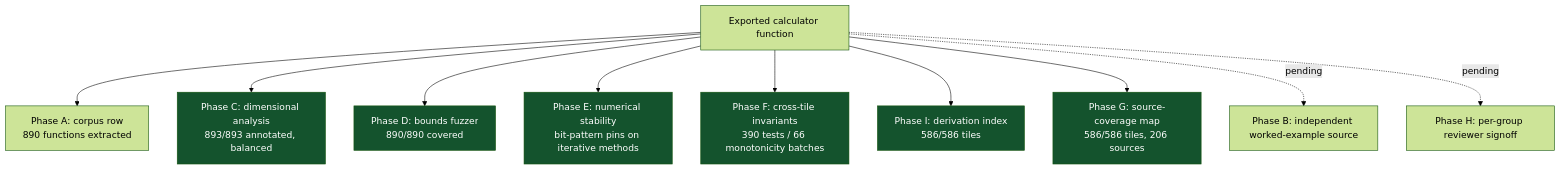
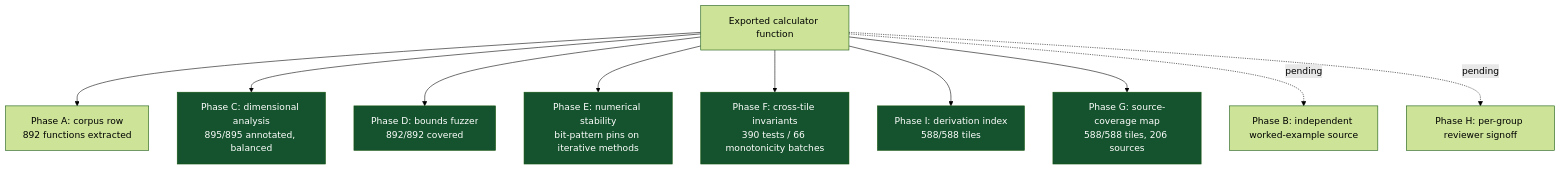
Before and after one commit to clay-good/roughlogic.com: the sixth of 8 diagrams in README.md, drawn with Mermaid (forest theme). The commit also changed other lines of this file and 17 other files, not shown here.

````diff
--- a/README.md
+++ b/README.md
@@ -380,18 +382,18 @@
 ```mermaid
 flowchart TB
-    F[Exported calculator function] --> A[Phase A: corpus row\n890 functions extracted]
-    F --> C[Phase C: dimensional analysis\n893/893 annotated, balanced]
-    F --> D[Phase D: bounds fuzzer\n890/890 covered]
+    F[Exported calculator function] --> A[Phase A: corpus row\n892 functions extracted]
+    F --> C[Phase C: dimensional analysis\n895/895 annotated, balanced]
+    F --> D[Phase D: bounds fuzzer\n892/892 covered]
     F --> E[Phase E: numerical stability\nbit-pattern pins on iterative methods]
     F --> Fa[Phase F: cross-tile invariants\n390 tests / 66 monotonicity batches]
-    F --> I[Phase I: derivation index\n586/586 tiles]
-    F --> G[Phase G: source-coverage map\n586/586 tiles, 206 sources]
+    F --> I[Phase I: derivation index\n588/588 tiles]
+    F --> G[Phase G: source-coverage map\n588/588 tiles, 206 sources]
     F -.pending.-> B[Phase B: independent worked-example source]
     F -.pending.-> H[Phase H: per-group reviewer signoff]
     style C fill:#14532d,color:#fff
     style D fill:#14532d,color:#fff
     style E fill:#14532d,color:#fff
     style Fa fill:#14532d,color:#fff
     style G fill:#14532d,color:#fff
     style I fill:#14532d,color:#fff
 ```
````
